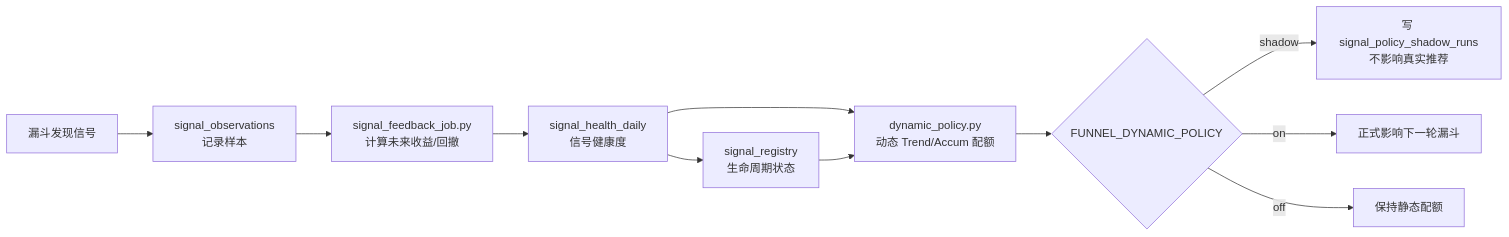
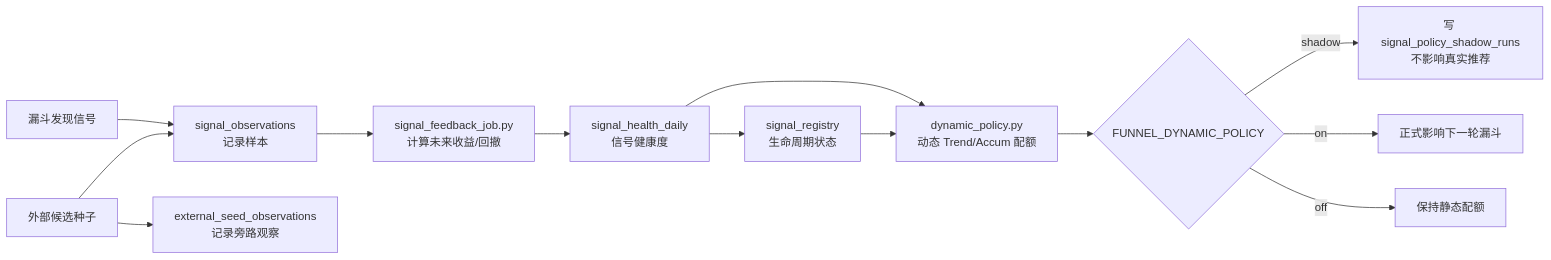
Before and after one commit to niyoh120/Wyckoff-Analysis: the first of 4 diagrams in docs/ITERATION_STRATEGY.md, drawn with Mermaid. The commit also changed other lines of this file and 8 other files, not shown here.

````diff
--- a/docs/ITERATION_STRATEGY.md
+++ b/docs/ITERATION_STRATEGY.md
@@ -8,13 +8,15 @@
 ```mermaid
 flowchart LR
   A["漏斗发现信号"] --> B["signal_observations<br/>记录样本"]
+  X["外部候选种子"] --> B
+  X --> Y["external_seed_observations<br/>记录旁路观察"]
   B --> C["signal_feedback_job.py<br/>计算未来收益/回撤"]
   C --> D["signal_health_daily<br/>信号健康度"]
   D --> E["signal_registry<br/>生命周期状态"]
   D --> F["dynamic_policy.py<br/>动态 Trend/Accum 配额"]
   E --> F
   F --> G{"FUNNEL_DYNAMIC_POLICY"}
   G -- "shadow" --> H["写 signal_policy_shadow_runs<br/>不影响真实推荐"]
   G -- "on" --> I["正式影响下一轮漏斗"]
   G -- "off" --> J["保持静态配额"]
 ```
````
